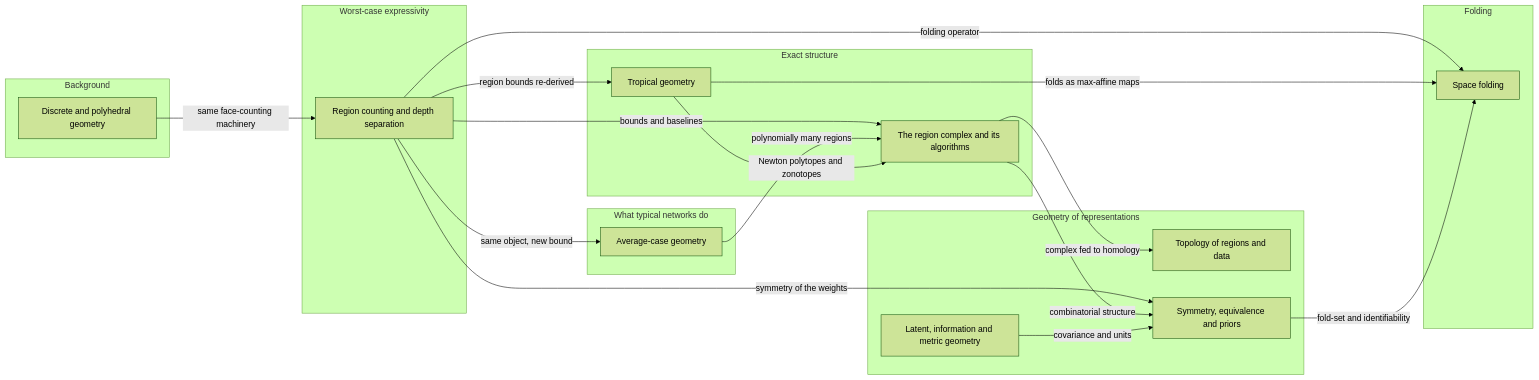
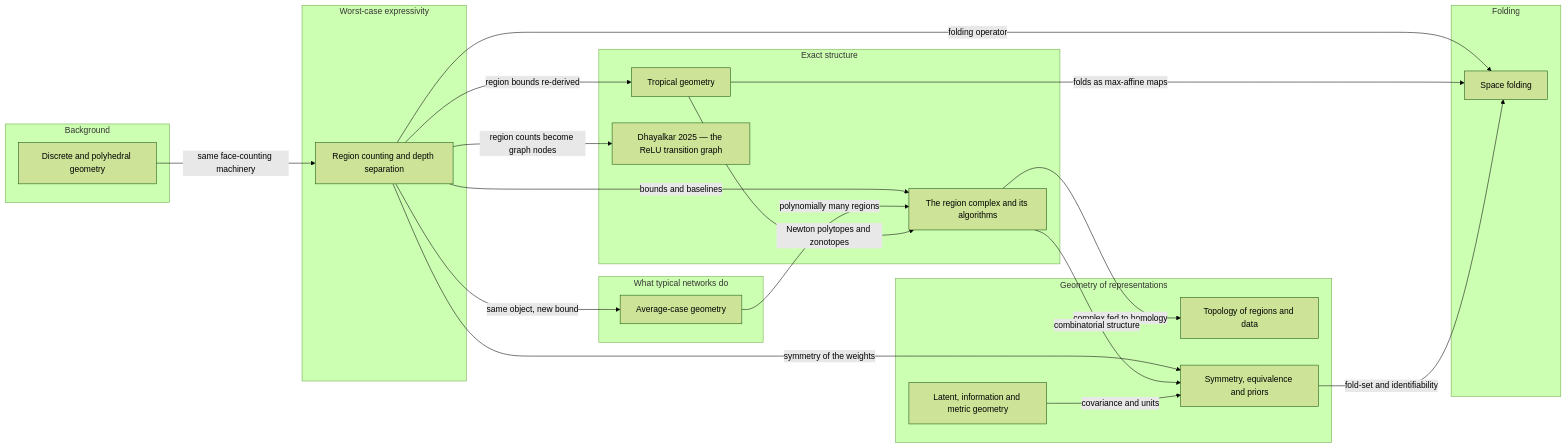
The first of 3 diagrams in docs/comparison/index.md (Johanmkr/InfoBase-NNgeometry), drawn with Mermaid (forest theme) before and after one commit. The commit also changed other lines of this file and 66 other files, not shown here.

````diff
--- a/docs/comparison/index.md
+++ b/docs/comparison/index.md
@@ -110,37 +122,40 @@
 ```mermaid
 flowchart LR
     subgraph BG["Background"]
         G9["Discrete and polyhedral geometry"]
     end
     subgraph WC["Worst-case expressivity"]
         G1["Region counting and depth separation"]
     end
     subgraph AV["What typical networks do"]
         G2["Average-case geometry"]
     end
     subgraph EX["Exact structure"]
         G3["The region complex and its algorithms"]
         G5["Tropical geometry"]
+        dhayalkarDiscreteFunctionalGeometry2025["Dhayalkar 2025 — the ReLU transition graph"]
     end
     subgraph FO["Folding"]
         G4["Space folding"]
     end
     subgraph RE["Geometry of representations"]
         G6["Topology of regions and data"]
         G7["Latent, information and metric geometry"]
         G8["Symmetry, equivalence and priors"]
     end
     G9 -->|same face-counting machinery| G1
     G1 -->|same object, new bound| G2
     G1 -->|bounds and baselines| G3
     G1 -->|folding operator| G4
     G1 -->|region bounds re-derived| G5
     G1 -->|symmetry of the weights| G8
+    G1 -->|region counts become graph nodes| dhayalkarDiscreteFunctionalGeometry2025
     G2 -->|polynomially many regions| G3
     G5 -->|Newton polytopes and zonotopes| G3
     G5 -->|folds as max-affine maps| G4
     G3 -->|complex fed to homology| G6
     G3 -->|combinatorial structure| G8
     G8 -->|fold-set and identifiability| G4
     G7 -->|covariance and units| G8
+    click dhayalkarDiscreteFunctionalGeometry2025 "../papers/dhayalkarDiscreteFunctionalGeometry2025/"
 ```
````
